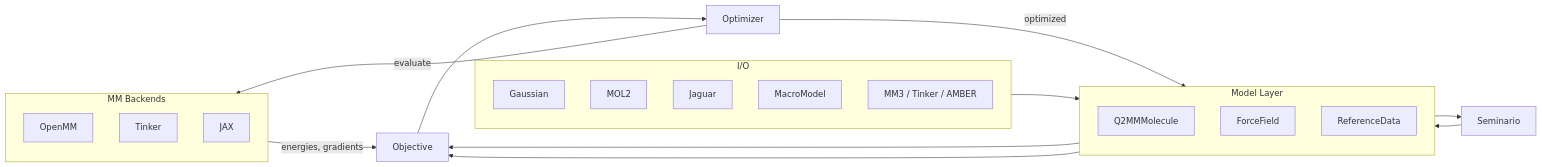
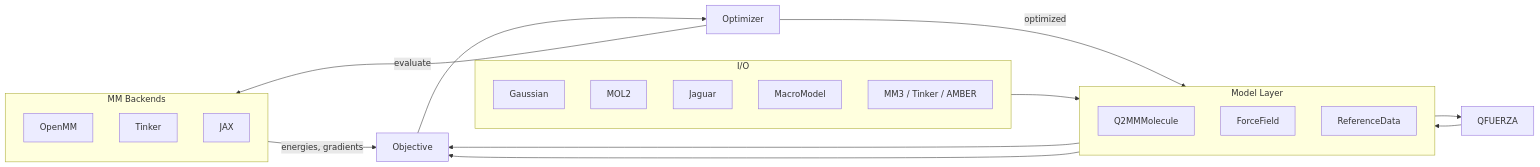
The diagram in docs/index.md (ericchansen/q2mm), drawn with Mermaid before and after one commit. The commit also changed other lines of this file and 15 other files, not shown here.

````diff
--- a/docs/index.md
+++ b/docs/index.md
@@ -30,38 +30,38 @@
 ```mermaid
 flowchart LR
     subgraph IO["I/O"]
         direction TB
         G[Gaussian]
         M[MOL2]
         J[Jaguar]
         MM[MacroModel]
         FFio[MM3 / Tinker / AMBER]
     end
 
     subgraph Models["Model Layer"]
         direction TB
         MOL[Q2MMMolecule]
         FF[ForceField]
         RD[ReferenceData]
     end
 
-    SEM[Seminario]
+    Q[QFUERZA]
     OBJ[Objective]
     OPT[Optimizer]
 
     subgraph Backends["MM Backends"]
         direction TB
         OMM[OpenMM]
         TK[Tinker]
         JX[JAX]
     end
 
     IO --> Models
-    Models --> SEM --> FF
+    Models --> Q --> FF
     FF --> OBJ
     RD --> OBJ
     OBJ --> OPT
     OPT -->|evaluate| Backends
     Backends -->|energies, gradients| OBJ
     OPT -->|optimized| FF
 ```
````
